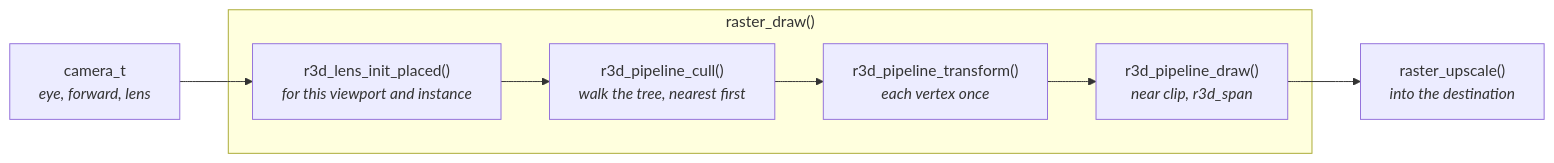
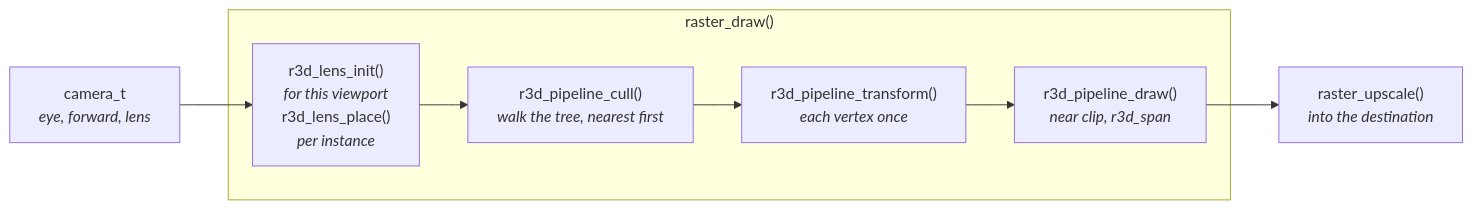
Before and after one commit to jose-villegas/autana: the first of 3 diagrams in docs/render/Mesh-Rendering.md, drawn with Mermaid. The commit also changed other lines of this file and 23 other files, not shown here.

Commit message:
render: one instance path, baked placements, per-object scene symbols, scene_table.py; docs review fixes

````diff
--- a/docs/render/Mesh-Rendering.md
+++ b/docs/render/Mesh-Rendering.md
@@ -77,10 +83,10 @@
 ```mermaid
 flowchart LR
     Camera["camera_t<br/><i>eye, forward, lens</i>"] --> Lens
     subgraph Render["raster_draw()"]
-        Lens["r3d_lens_init_placed()<br/><i>for this viewport and instance</i>"] --> Cull
+        Lens["r3d_lens_init()<br/><i>for this viewport</i><br/>r3d_lens_place()<br/><i>per instance</i>"] --> Cull
         Cull["r3d_pipeline_cull()<br/><i>walk the tree, nearest first</i>"] --> Transform["r3d_pipeline_transform()<br/><i>each vertex once</i>"]
         Transform --> Draw["r3d_pipeline_draw()<br/><i>near clip, r3d_span</i>"]
     end
     Draw --> Upscale["raster_upscale()<br/><i>into the destination</i>"]
 ```
````
